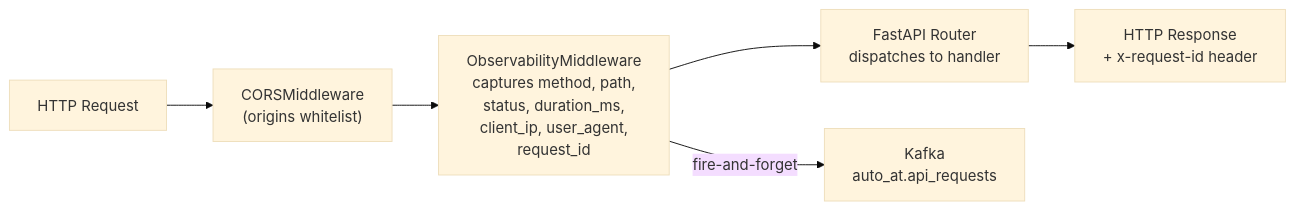
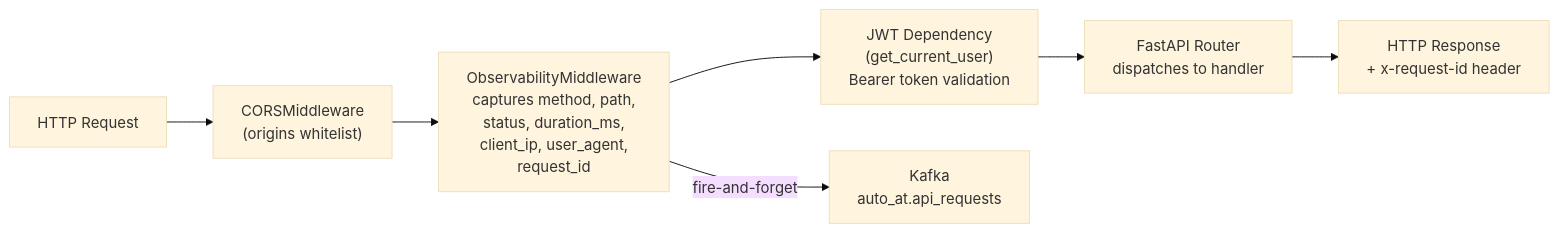
The second of 5 diagrams in docs/architecture.md (HenSanInDuty/agent-automation-testing), drawn with Mermaid (base theme) before and after one commit. The commit also changed other lines of this file and 6 other files, not shown here.

First line of the commit message:
docs: update all docs to reflect JWT auth, MinIO storage, ToolRegistry, RBAC

````diff
--- a/docs/architecture.md
+++ b/docs/architecture.md
@@ -128,8 +138,9 @@
 ```mermaid
 flowchart LR
     REQ["HTTP Request"] --> CORS["CORSMiddleware\n(origins whitelist)"]
     CORS --> OBS["ObservabilityMiddleware\ncaptures method, path,\nstatus, duration_ms,\nclient_ip, user_agent,\nrequest_id"]
-    OBS --> ROUTER["FastAPI Router\ndispatches to handler"]
+    OBS --> AUTH["JWT Dependency\n(get_current_user)\nBearer token validation"]
+    AUTH --> ROUTER["FastAPI Router\ndispatches to handler"]
     ROUTER --> RESP["HTTP Response\n+ x-request-id header"]
     OBS -->|"fire-and-forget"| KAFKA["Kafka\nauto_at.api_requests"]
 ```
````
